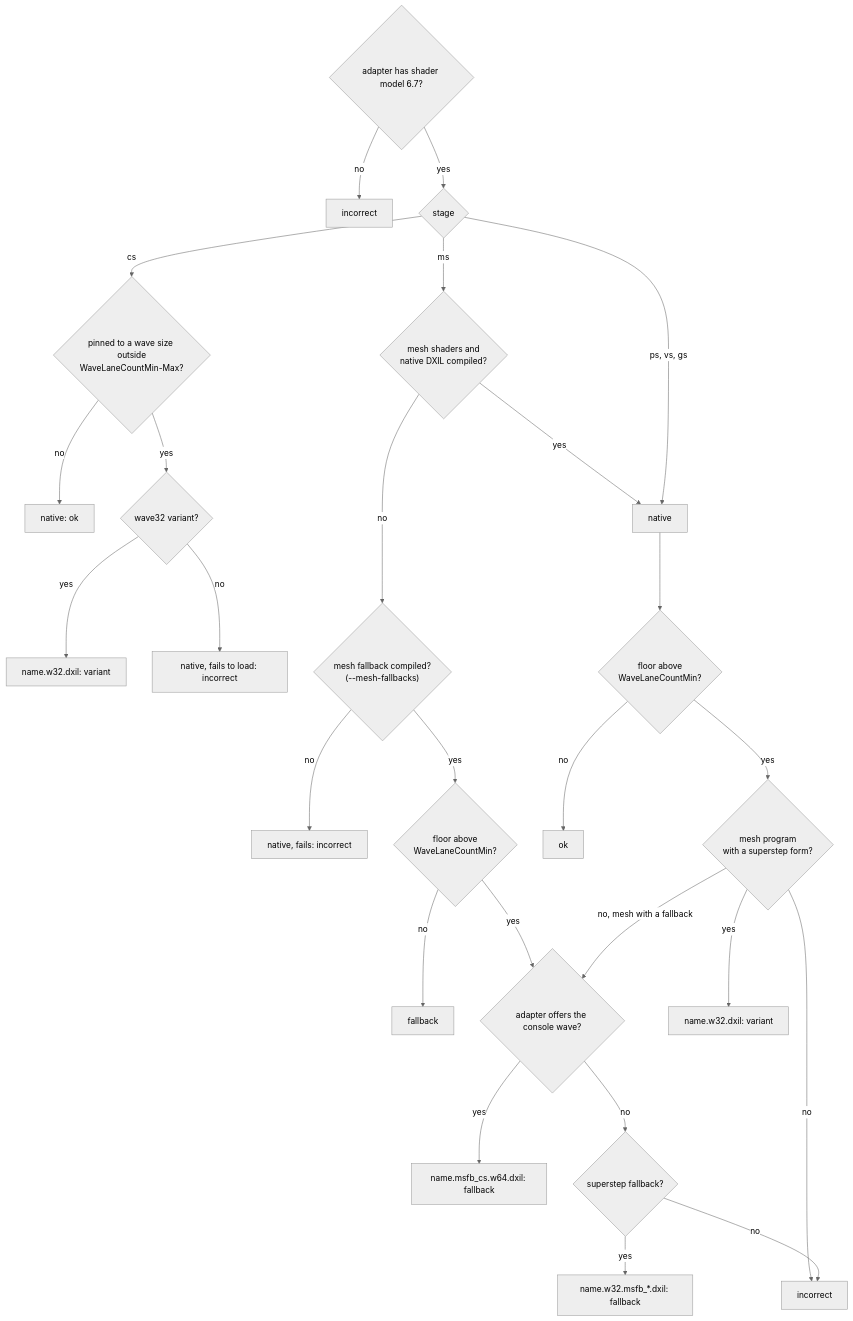
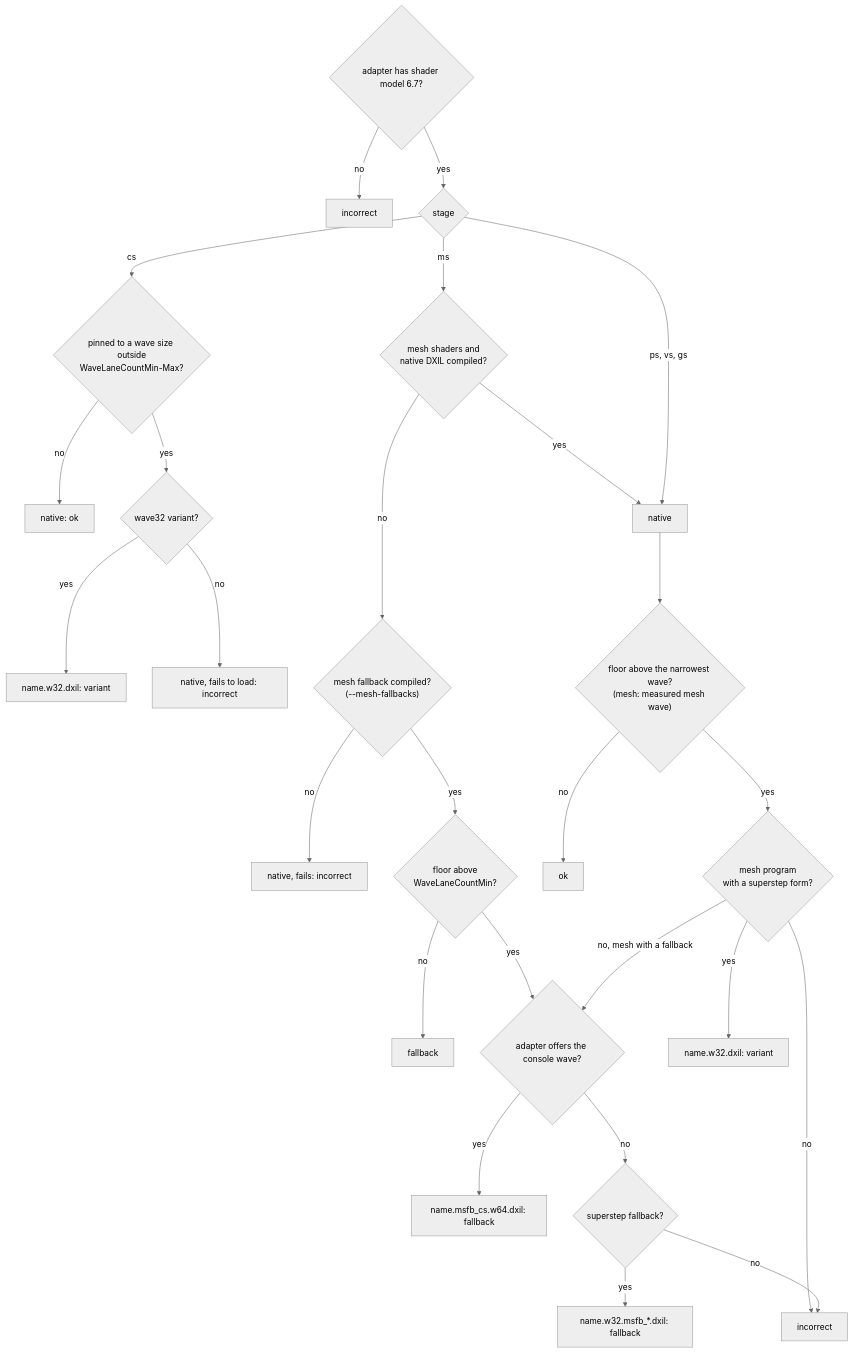
The second of 2 diagrams in docs/shader-translation.md (ThatRecompDev/five-star-recomp), drawn with Mermaid (neutral theme) before and after one commit. The commit also changed other lines of this file and 14 other files, not shown here.

````diff
--- a/docs/shader-translation.md
+++ b/docs/shader-translation.md
@@ -516,28 +516,28 @@
 ```mermaid
 flowchart TD
   sm{"adapter has shader model 6.7?"} -->|"no"| none["incorrect"]
   sm -->|"yes"| stage{"stage"}
   stage -->|"cs"| pin{"pinned to a wave size outside<br/>WaveLaneCountMin-Max?"}
   pin -->|"no"| csok["native: ok"]
   pin -->|"yes"| gw{"wave32 variant?"}
   gw -->|"yes"| csvar["name.w32.dxil: variant"]
   gw -->|"no"| csbad["native, fails to load: incorrect"]
   stage -->|"ms"| mn{"mesh shaders and<br/>native DXIL compiled?"}
   mn -->|"no"| fb{"mesh fallback compiled?<br/>(--mesh-fallbacks)"}
   fb -->|"no"| msbad["native, fails: incorrect"]
   fb -->|"yes"| ffloor{"floor above<br/>WaveLaneCountMin?"}
   ffloor -->|"no"| fallback["fallback"]
   ffloor -->|"yes"| wide
   mn -->|"yes"| native["native"]
   stage -->|"ps, vs, gs"| native
-  native --> floor{"floor above<br/>WaveLaneCountMin?"}
+  native --> floor{"floor above the narrowest wave?<br/>(mesh: measured mesh wave)"}
   floor -->|"no"| ok["ok"]
   floor -->|"yes"| ss{"mesh program<br/>with a superstep form?"}
   ss -->|"yes"| msvar["name.w32.dxil: variant"]
   ss -->|"no, mesh with a fallback"| wide{"adapter offers the console wave?"}
   ss -->|"no"| floorbad["incorrect"]
   wide -->|"yes"| pinned["name.msfb_cs.w64.dxil: fallback"]
   wide -->|"no"| ssfb{"superstep fallback?"}
   ssfb -->|"yes"| ssfallback["name.w32.msfb_*.dxil: fallback"]
   ssfb -->|"no"| floorbad
 ```
````
